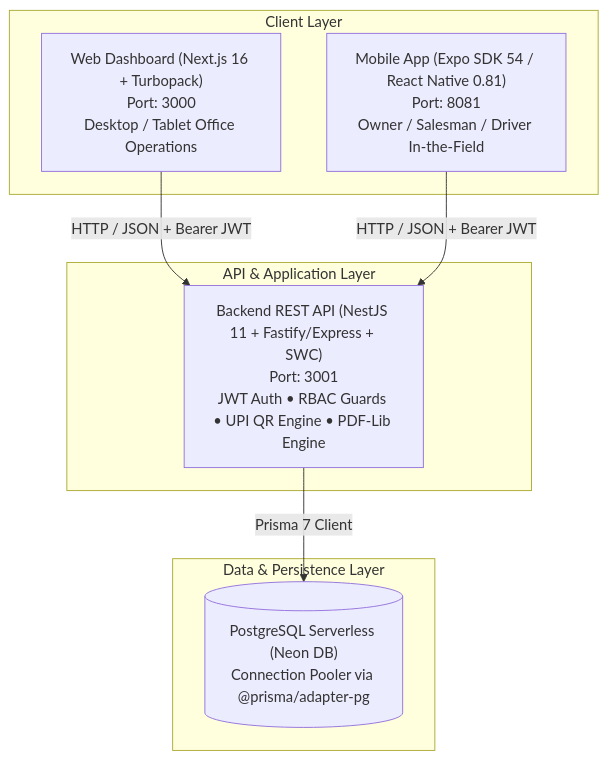
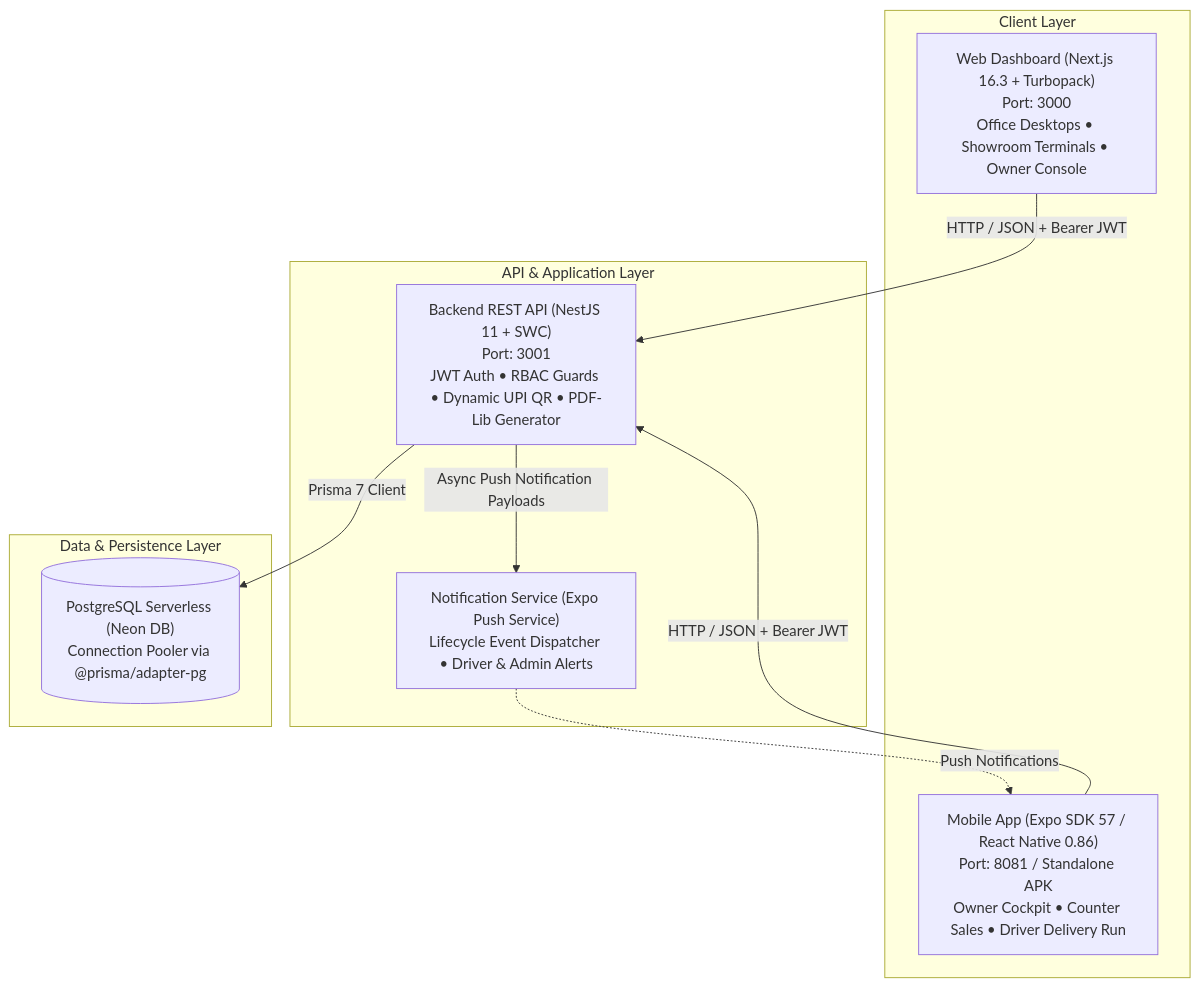
The diagram in README.md (pulkitjaincs/shreeOmTiles), drawn with Mermaid before and after one commit. The commit also changed other lines of this file and 111 other files, not shown here.

````diff
--- a/README.md
+++ b/README.md
@@ -30,19 +32,22 @@
 ```mermaid
 graph TD
     subgraph Client Layer
-        Web["Web Dashboard (Next.js 16 + Turbopack)<br/>Port: 3000<br/>Desktop / Tablet Office Operations"]
-        Mobile["Mobile App (Expo SDK 54 / React Native 0.81)<br/>Port: 8081<br/>Owner / Salesman / Driver In-the-Field"]
+        Web["Web Dashboard (Next.js 16.3 + Turbopack)<br/>Port: 3000<br/>Office Desktops • Showroom Terminals • Owner Console"]
+        Mobile["Mobile App (Expo SDK 57 / React Native 0.86)<br/>Port: 8081 / Standalone APK<br/>Owner Cockpit • Counter Sales • Driver Delivery Run"]
     end
 
     subgraph API & Application Layer
-        API["Backend REST API (NestJS 11 + Fastify/Express + SWC)<br/>Port: 3001<br/>JWT Auth • RBAC Guards • UPI QR Engine • PDF-Lib Engine"]
+        API["Backend REST API (NestJS 11 + SWC)<br/>Port: 3001<br/>JWT Auth • RBAC Guards • Dynamic UPI QR • PDF-Lib Generator"]
+        PushService["Notification Service (Expo Push Service)<br/>Lifecycle Event Dispatcher • Driver & Admin Alerts"]
     end
 
     subgraph Data & Persistence Layer
         DB[("PostgreSQL Serverless (Neon DB)<br/>Connection Pooler via @prisma/adapter-pg")]
     end
 
     Web -->|HTTP / JSON + Bearer JWT| API
     Mobile -->|HTTP / JSON + Bearer JWT| API
     API -->|Prisma 7 Client| DB
+    API -->|Async Push Notification Payloads| PushService
+    PushService -.->|Push Notifications| Mobile
 ```
````
